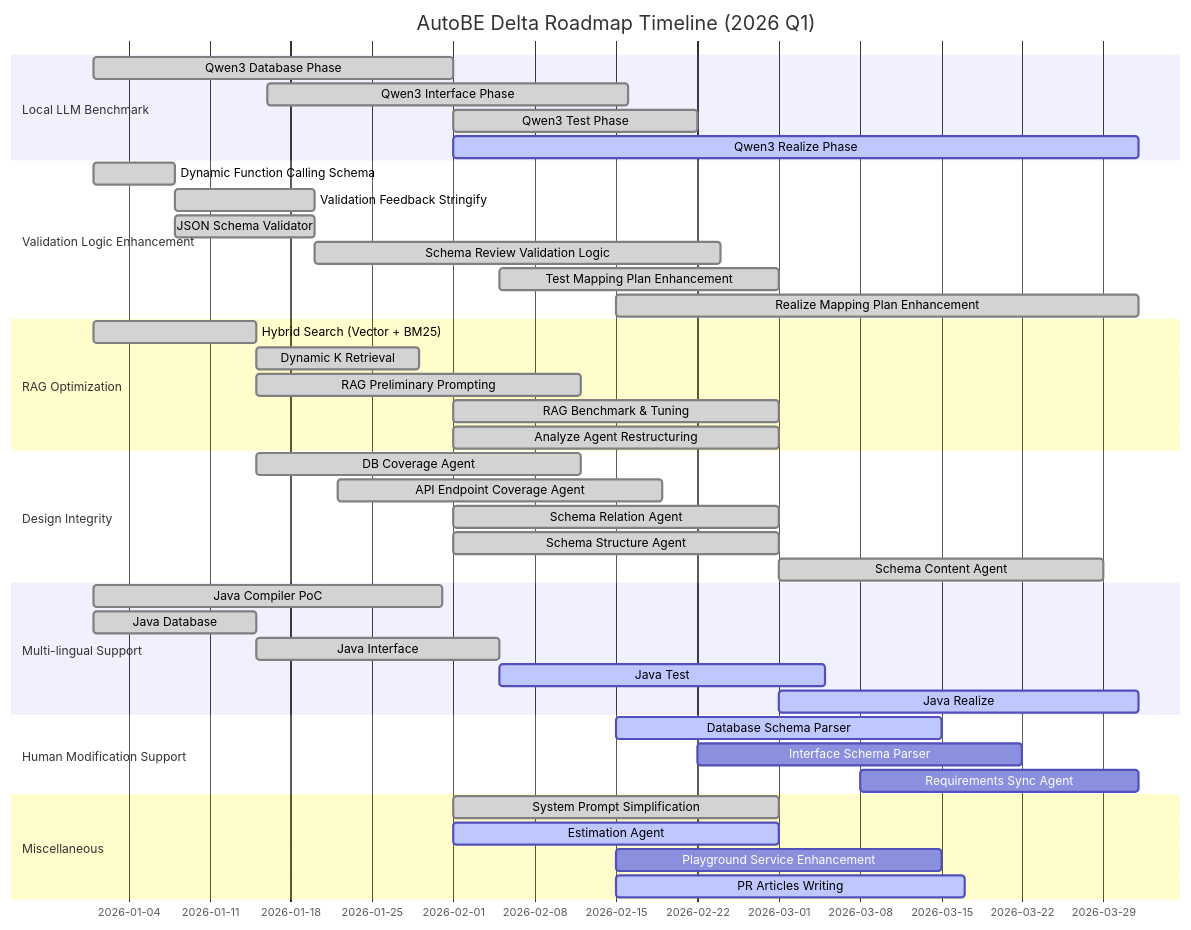
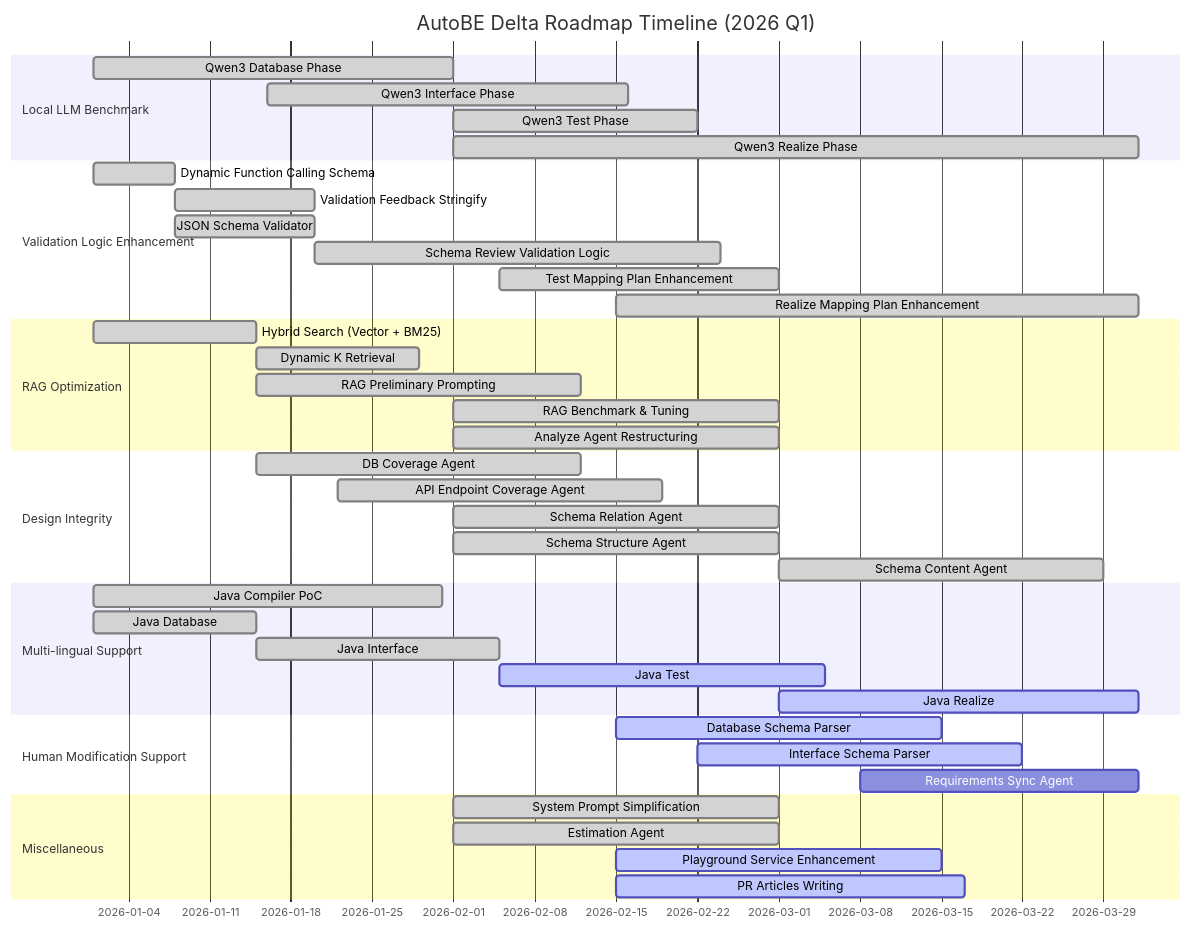
The second of 2 diagrams in README.md (RavenView-ai/autobe), drawn with Mermaid before and after one commit. The commit also changed 2 other files, not shown here.

Commit message:
completed qwen3-coder-next archiving

````diff
--- a/README.md
+++ b/README.md
@@ -176,51 +176,51 @@
 ```mermaid
 gantt
   dateFormat YYYY-MM-DD
   title AutoBE Delta Roadmap Timeline (2026 Q1)
 
   section Local LLM Benchmark
-  Qwen3 Database Phase             : done,    2026-01-01, 31d
-  Qwen3 Interface Phase            : done,    2026-01-16, 31d
-  Qwen3 Test Phase                 : done,    2026-02-01, 21d
-  Qwen3 Realize Phase              : active,  2026-02-01, 59d
+  Qwen3 Database Phase             : done, 2026-01-01, 31d
+  Qwen3 Interface Phase            : done, 2026-01-16, 31d
+  Qwen3 Test Phase                 : done, 2026-02-01, 21d
+  Qwen3 Realize Phase              : done, 2026-02-01, 59d
 
   section Validation Logic Enhancement
   Dynamic Function Calling Schema  : done, 2026-01-01, 7d
   Validation Feedback Stringify    : done, 2026-01-08, 12d
   JSON Schema Validator            : done, 2026-01-08, 12d
   Schema Review Validation Logic   : done, 2026-01-20, 35d
   Test Mapping Plan Enhancement    : done, 2026-02-05, 24d
   Realize Mapping Plan Enhancement : done, 2026-02-15, 45d
 
   section RAG Optimization
   Hybrid Search (Vector + BM25)    : done, 2026-01-01, 14d
   Dynamic K Retrieval              : done, 2026-01-15, 14d
   RAG Preliminary Prompting        : done, 2026-01-15, 28d
   RAG Benchmark & Tuning           : done, 2026-02-01, 28d
   Analyze Agent Restructuring      : done, 2026-02-01, 28d
 
   section Design Integrity
   DB Coverage Agent                : done, 2026-01-15, 28d
   API Endpoint Coverage Agent      : done, 2026-01-22, 28d
   Schema Relation Agent            : done, 2026-02-01, 28d
   Schema Structure Agent           : done, 2026-02-01, 28d
   Schema Content Agent             : done, 2026-03-01, 28d
 
   section Multi-lingual Support
   Java Compiler PoC                : done,   2026-01-01, 30d
   Java Database                    : done,   2026-01-01, 14d
   Java Interface                   : done,   2026-01-15, 21d
   Java Test                        : active, 2026-02-05, 28d
   Java Realize                     : active, 2026-03-01, 31d
 
   section Human Modification Support
   Database Schema Parser           : active,  2026-02-15, 28d
-  Interface Schema Parser          : planned, 2026-02-22, 28d
+  Interface Schema Parser          : active,  2026-02-22, 28d
   Requirements Sync Agent          : planned, 2026-03-08, 24d
 
   section Miscellaneous
-  System Prompt Simplification     : done,    2026-02-01, 28d
-  Estimation Agent                 : active,  2026-02-01, 28d
-  Playground Service Enhancement   : planned, 2026-02-15, 28d
-  PR Articles Writing              : active,  2026-02-15, 30d
+  System Prompt Simplification     : done,   2026-02-01, 28d
+  Estimation Agent                 : done,   2026-02-01, 28d
+  Playground Service Enhancement   : active, 2026-02-15, 28d
+  PR Articles Writing              : active, 2026-02-15, 30d
 ```
````
